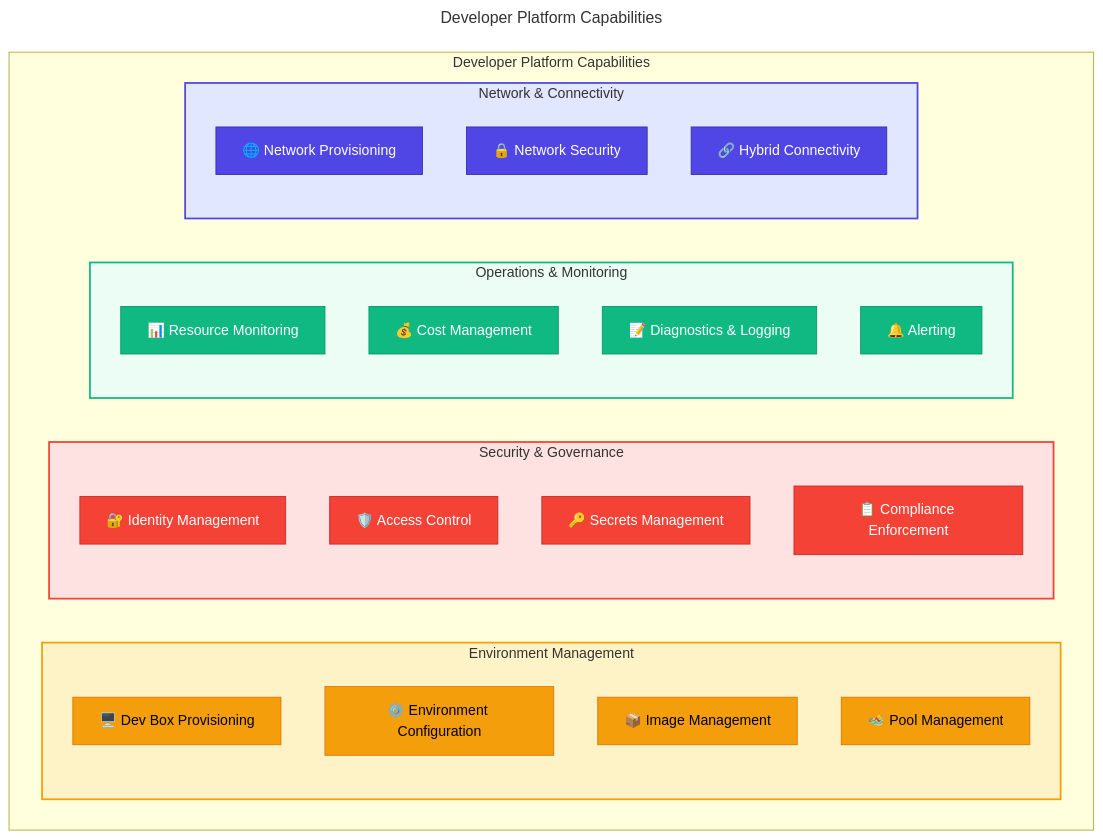
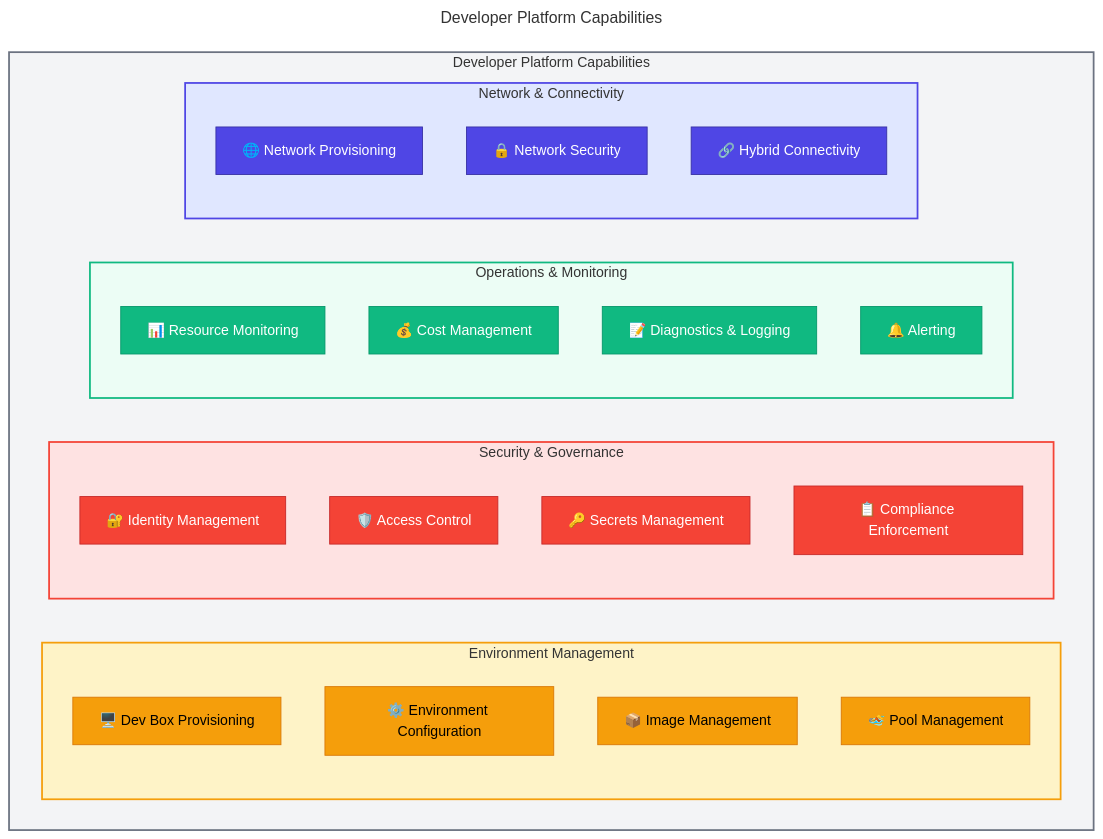
One commit to Evilazaro/DevExp-DevBox changed the third of 6 diagrams in docs/architecture/01-business-architecture.md. Above: the diagram before and after it, drawn with Mermaid. The commit also changed 3 other files, not shown here.

Commit message:
Enhance flowchart styles in architecture documentation for improved visual clarity and consistency across business, data, technology, and security sections.

````diff
--- a/docs/architecture/01-business-architecture.md
+++ b/docs/architecture/01-business-architecture.md
@@ -232,54 +232,55 @@
 ```mermaid
 ---
 title: Developer Platform Capabilities
 ---
 flowchart TB
     %% ===== ENVIRONMENT MANAGEMENT =====
     subgraph L1["Developer Platform Capabilities"]
         subgraph L2A["Environment Management"]
             C1["🖥️ Dev Box Provisioning"]
             C2["⚙️ Environment Configuration"]
             C3["📦 Image Management"]
             C4["🏊 Pool Management"]
         end
         
         %% ===== SECURITY & GOVERNANCE =====
         subgraph L2B["Security & Governance"]
             C5["🔐 Identity Management"]
             C6["🛡️ Access Control"]
             C7["🔑 Secrets Management"]
             C8["📋 Compliance Enforcement"]
         end
         
         %% ===== OPERATIONS & MONITORING =====
         subgraph L2C["Operations & Monitoring"]
             C9["📊 Resource Monitoring"]
             C10["💰 Cost Management"]
             C11["📝 Diagnostics & Logging"]
             C12["🔔 Alerting"]
         end
         
         %% ===== NETWORK & CONNECTIVITY =====
         subgraph L2D["Network & Connectivity"]
             C13["🌐 Network Provisioning"]
             C14["🔒 Network Security"]
             C15["🔗 Hybrid Connectivity"]
         end
     end
     
     %% ===== STYLES =====
     classDef primary fill:#4F46E5,stroke:#3730A3,color:#FFFFFF
     classDef secondary fill:#10B981,stroke:#059669,color:#FFFFFF
     classDef failed fill:#F44336,stroke:#C62828,color:#FFFFFF
     classDef datastore fill:#F59E0B,stroke:#D97706,color:#000000
     
     class C1,C2,C3,C4 datastore
     class C5,C6,C7,C8 failed
     class C9,C10,C11,C12 secondary
     class C13,C14,C15 primary
     
+    style L1 fill:#F3F4F6,stroke:#6B7280,stroke-width:2px
     style L2A fill:#FEF3C7,stroke:#F59E0B,stroke-width:2px
     style L2B fill:#FEE2E2,stroke:#F44336,stroke-width:2px
     style L2C fill:#ECFDF5,stroke:#10B981,stroke-width:2px
     style L2D fill:#E0E7FF,stroke:#4F46E5,stroke-width:2px
 ```
````
